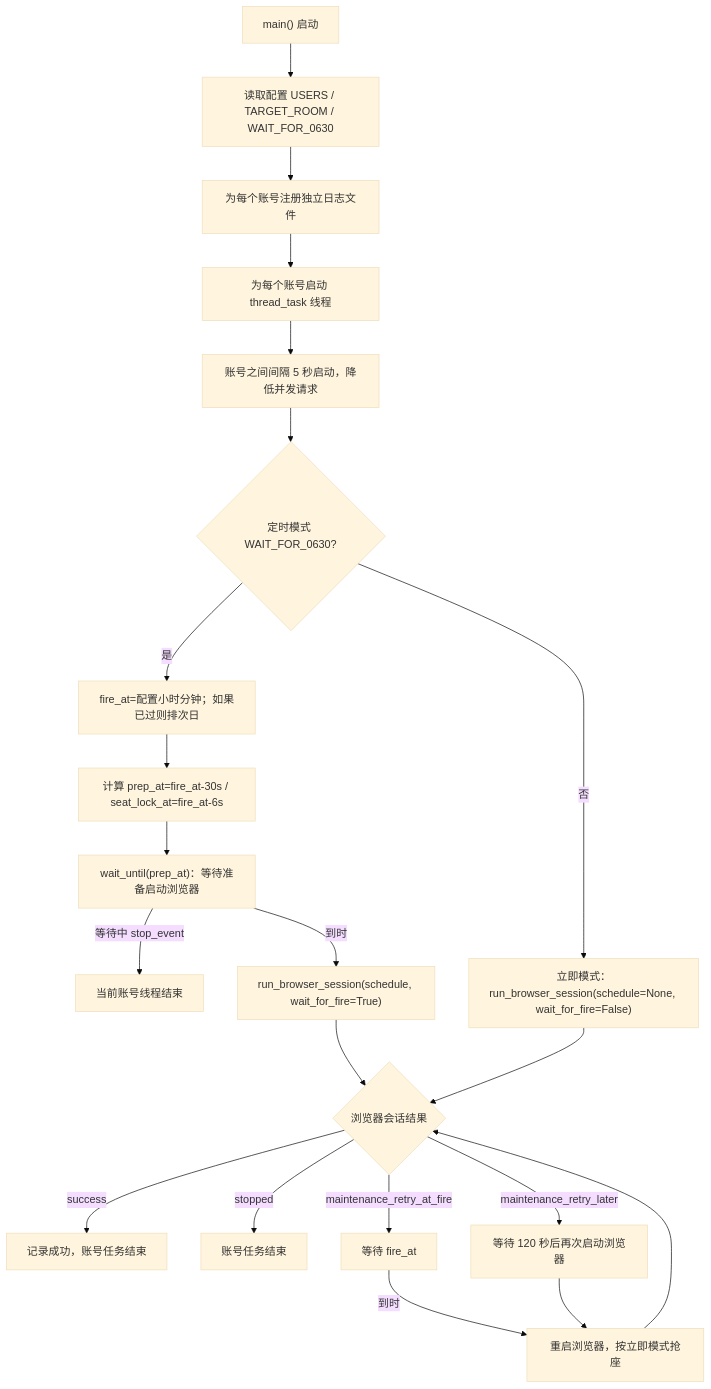
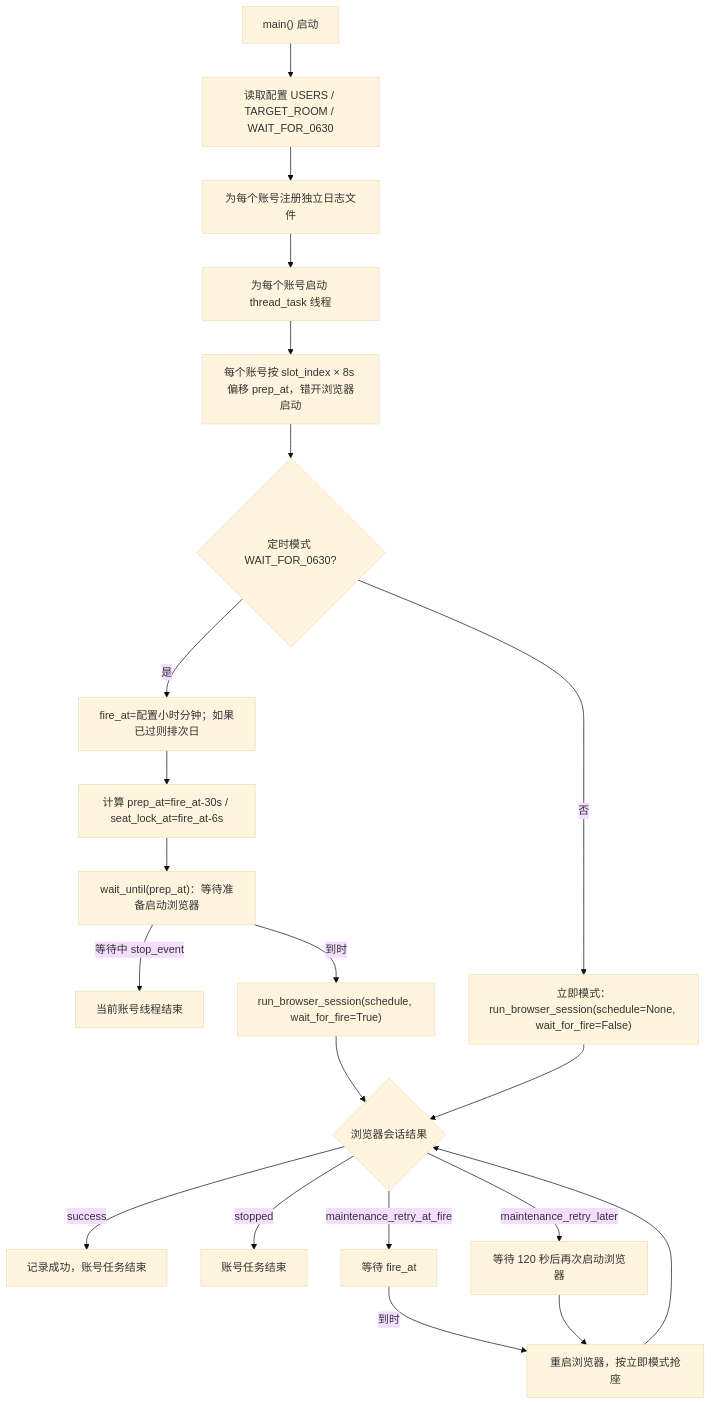
The first of 10 diagrams in docs/BOOKING_FLOWCHART.md (XUNRANA/LNU-LibSeat-Automation), drawn with Mermaid (base theme) before and after one commit. The commit also changed other lines of this file and 23 other files, not shown here.

````diff
--- a/docs/BOOKING_FLOWCHART.md
+++ b/docs/BOOKING_FLOWCHART.md
@@ -23,27 +23,27 @@
 ```mermaid
 flowchart TD
     A["main() 启动"] --> B["读取配置 USERS / TARGET_ROOM / WAIT_FOR_0630"]
     B --> C["为每个账号注册独立日志文件"]
     C --> D["为每个账号启动 thread_task 线程"]
-    D --> E["账号之间间隔 5 秒启动，降低并发请求"]
+    D --> E["每个账号按 slot_index × 8s 偏移 prep_at，错开浏览器启动"]
     E --> F{"定时模式 WAIT_FOR_0630?"}
 
     F -- "是" --> G["fire_at=配置小时分钟；如果已过则排次日"]
     G --> H["计算 prep_at=fire_at-30s / seat_lock_at=fire_at-6s"]
     H --> I["wait_until(prep_at)：等待准备启动浏览器"]
     I -- "等待中 stop_event" --> Z1["当前账号线程结束"]
     I -- "到时" --> J["run_browser_session(schedule, wait_for_fire=True)"]
 
     F -- "否" --> K["立即模式：run_browser_session(schedule=None, wait_for_fire=False)"]
 
     J --> L{"浏览器会话结果"}
     K --> L
 
     L -- "success" --> Z2["记录成功，账号任务结束"]
     L -- "stopped" --> Z3["账号任务结束"]
     L -- "maintenance_retry_at_fire" --> M["等待 fire_at"]
     M -- "到时" --> N["重启浏览器，按立即模式抢座"]
     N --> L
     L -- "maintenance_retry_later" --> P["等待 120 秒后再次启动浏览器"]
     P --> N
 ```
````
